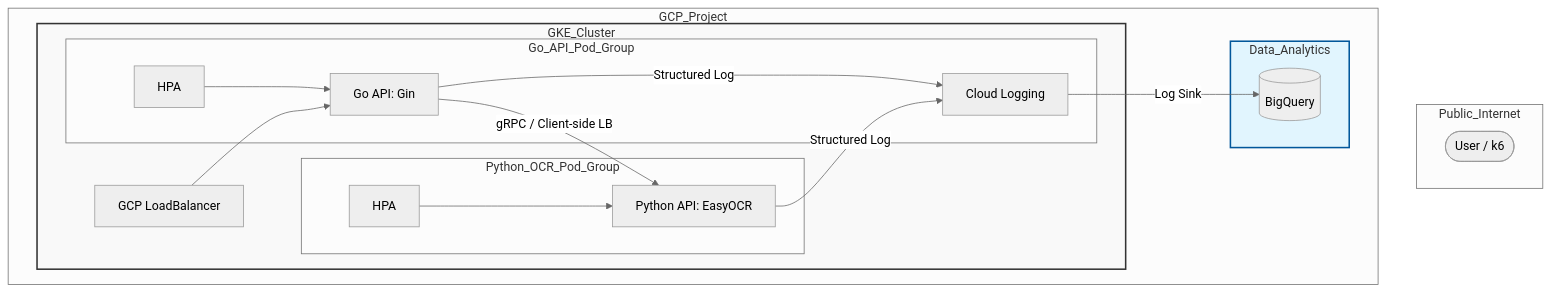
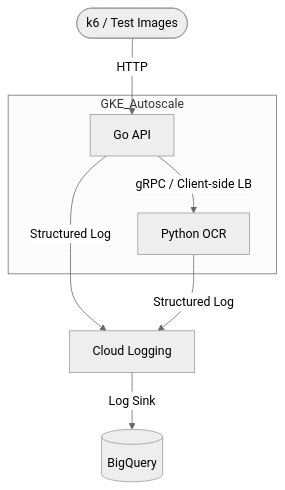
The diagram in README.md (wata123-t/GitHub_Actions_Test_3), drawn with Mermaid (neutral theme) before and after one commit. The commit also changed other lines of this file, not shown here.

````diff
--- a/README.md
+++ b/README.md
@@ -61,32 +81,14 @@
 ```mermaid
+
 graph TD
-    subgraph Public_Internet
-        User([User / k6])
+    User([k6 / Test Images]) -->|HTTP| Go[Go API]
+    Go -->|gRPC / Client-side LB| Py[Python OCR]
+    Go & Py -->|Structured Log| CL[Cloud Logging]
+    CL -->|Log Sink| BQ[(BigQuery)]
+    
+    subgraph GKE_Autoscale
+        Go
+        Py
     end
 
-    subgraph GCP_Project
-        subgraph GKE_Cluster
-            LB[GCP LoadBalancer]
-            
-            subgraph Go_API_Pod_Group
-                HPA_Go[HPA] --> Go[Go API: Gin]
-                Go --> |Structured Log| CL[Cloud Logging]
-            end
-
-            subgraph Python_OCR_Pod_Group
-                HPA_Py[HPA] --> Py[Python API: EasyOCR]
-                Py --> |Structured Log| CL
-            end
-
-            LB --> Go
-            Go --> |gRPC / Client-side LB| Py
-        end
-
-        subgraph Data_Analytics
-            CL --> |Log Sink| BQ[(BigQuery)]
-        end
-    end
-
-    style GKE_Cluster fill:#f9f9f9,stroke:#333,stroke-width:2px
-    style Data_Analytics fill:#e1f5fe,stroke:#01579b,stroke-width:2px
 ```
````
